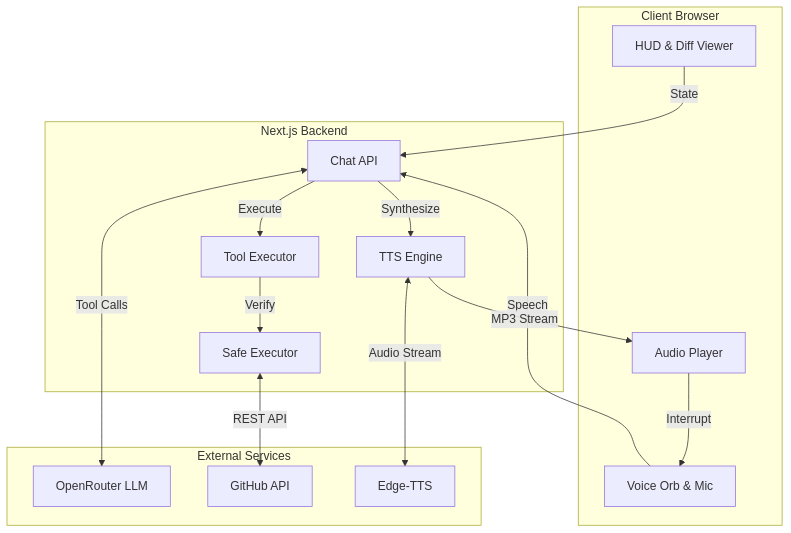
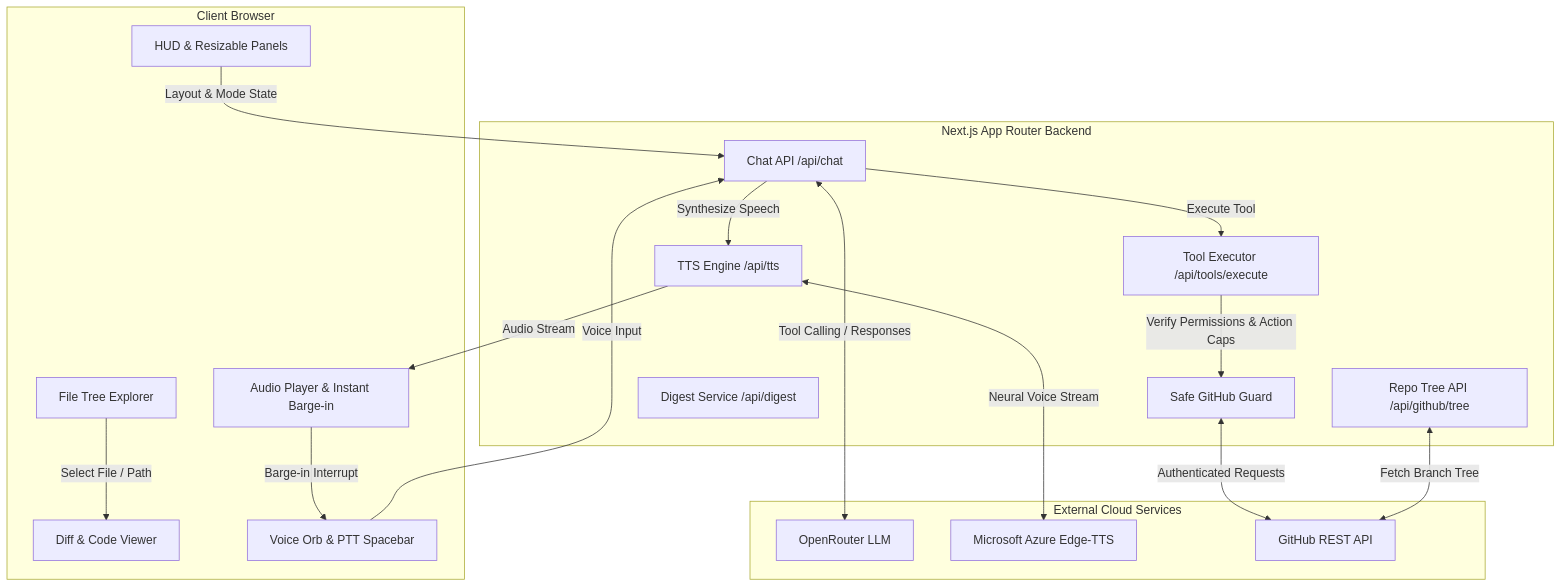
Before and after one commit to Nawxtz/codecast: the first of 2 diagrams in README.md, drawn with Mermaid. The commit also changed other lines of this file, not shown here.

Commit message:
docs: update README with IDE-style resizable workspace, repo explorer, and 126 tests

````diff
--- a/README.md
+++ b/README.md
@@ -31,37 +36,43 @@
 ```mermaid
 graph TD
     subgraph Client [Client Browser]
-        UI[HUD & Diff Viewer]
-        Voice[Voice Orb & Mic]
-        Audio[Audio Player]
+        UI[HUD & Resizable Panels]
+        Tree[File Tree Explorer]
+        Viewer[Diff & Code Viewer]
+        Voice[Voice Orb & PTT Spacebar]
+        Audio[Audio Player & Instant Barge-in]
     end
 
-    subgraph Backend [Next.js Backend]
-        Chat[Chat API]
-        Tools[Tool Executor]
-        TTS[TTS Engine]
-        Safe[Safe Executor]
+    subgraph Backend [Next.js App Router Backend]
+        Chat[Chat API /api/chat]
+        Tools[Tool Executor /api/tools/execute]
+        RepoTree[Repo Tree API /api/github/tree]
+        TTS[TTS Engine /api/tts]
+        Digest[Digest Service /api/digest]
+        Safe[Safe GitHub Guard]
     end
 
-    subgraph External [External Services]
+    subgraph External [External Cloud Services]
         LLM[OpenRouter LLM]
-        Edge[Edge-TTS]
-        GH[GitHub API]
+        Edge[Microsoft Azure Edge-TTS]
+        GH[GitHub REST API]
     end
 
     %% Client Interactions
-    Voice -->|Speech| Chat
-    Audio -->|Interrupt| Voice
-    UI -->|State| Chat
+    Voice -->|Voice Input| Chat
+    Audio -->|Barge-in Interrupt| Voice
+    UI -->|Layout & Mode State| Chat
+    Tree -->|Select File / Path| Viewer
 
     %% Backend Interactions
-    Chat <-->|Tool Calls| LLM
-    Chat -->|Execute| Tools
-    Tools -->|Verify| Safe
-    Safe <-->|REST API| GH
+    Chat <-->|Tool Calling / Responses| LLM
+    Chat -->|Execute Tool| Tools
+    Tools -->|Verify Permissions & Action Caps| Safe
+    Safe <-->|Authenticated Requests| GH
+    RepoTree <-->|Fetch Branch Tree| GH
     
     %% Voice Pipeline
-    Chat -->|Synthesize| TTS
-    TTS <-->|Audio Stream| Edge
-    TTS -->|MP3 Stream| Audio
+    Chat -->|Synthesize Speech| TTS
+    TTS <-->|Neural Voice Stream| Edge
+    TTS -->|Audio Stream| Audio
 ```
````
